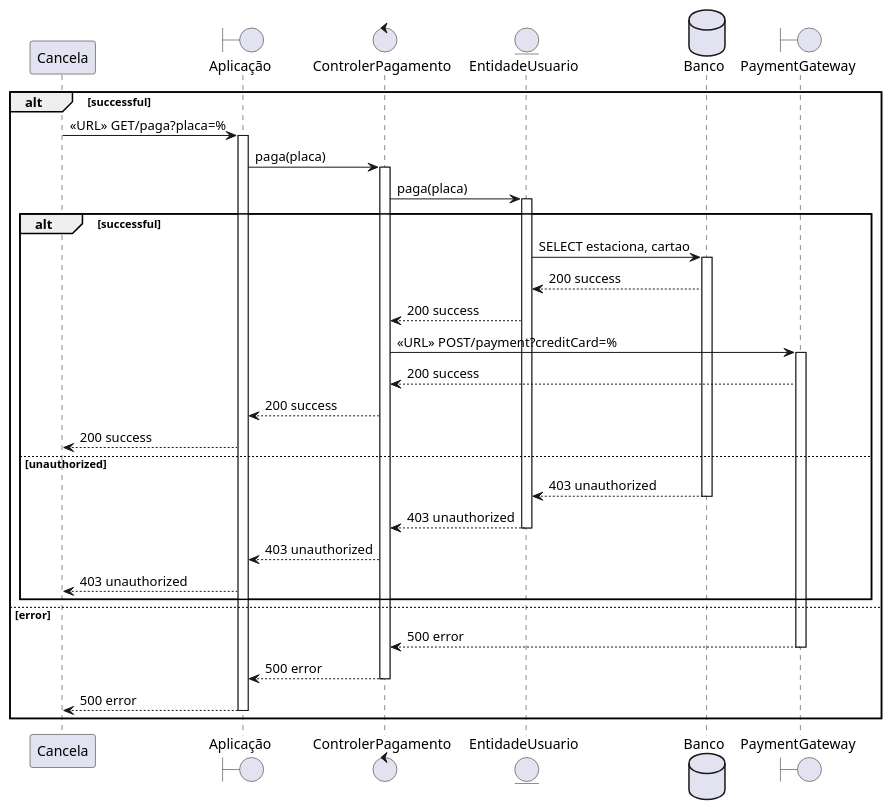
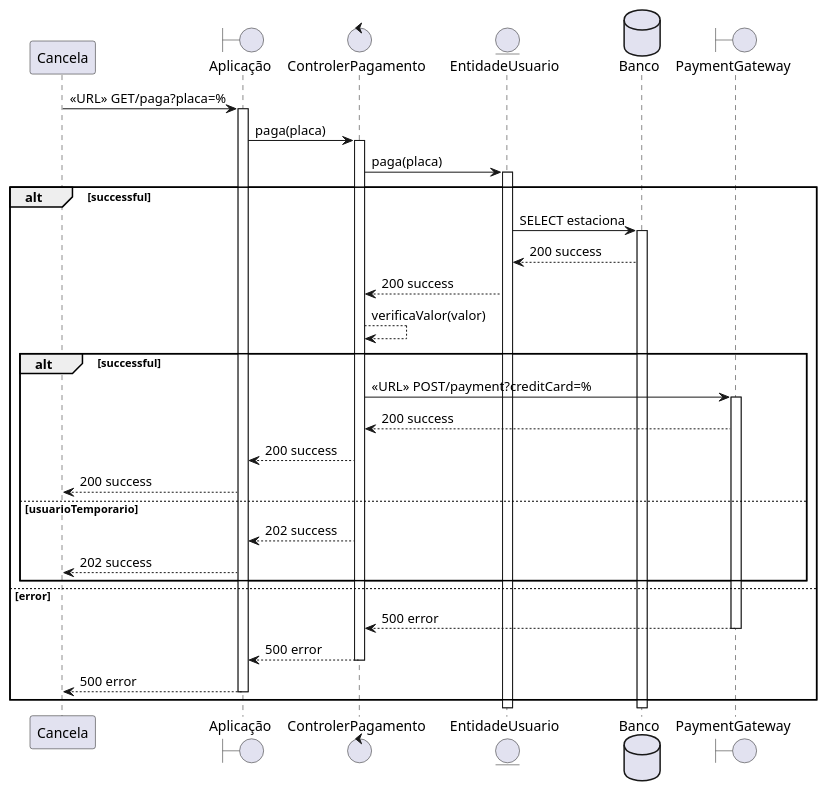
Before and after one commit to PI2-Cancela-Inteligente/docs: the diagram in seq/seq-2.puml, drawn with PlantUML. The commit also changed 3 other files, not shown here.

Commit message:
atualiza diagrama de sequencia pc2

```diff
--- a/seq/seq-2.puml
+++ b/seq/seq-2.puml
@@ -1,40 +1,39 @@
 @startuml
 participant Cancela as catraca
 boundary    Aplicação as app
 control     ControlerPagamento as controler
 entity      EntidadeUsuario as user
 database    Banco as bd
 boundary    PaymentGateway as pagamento
 
-alt successful
-
 catraca -> app ++ : <<URL>> GET/paga?placa=%
 app -> controler ++: paga(placa)
 controler-> user ++: paga(placa)
 alt successful
-user-> bd ++: SELECT estaciona, cartao
+user-> bd ++: SELECT estaciona
 bd--> user: 200 success
 user--> controler: 200 success
+
+controler--> controler: verificaValor(valor)
+alt successful
 controler-> pagamento++ : <<URL>> POST/payment?creditCard=%
 
 pagamento--> controler: 200 success
 controler--> app: 200 success
 app --> catraca: 200 success
 
 
-else unauthorized
-bd--> user--: 403 unauthorized
-user--> controler--: 403 unauthorized
-controler--> app: 403 unauthorized
-app --> catraca: 403 unauthorized
+else usuarioTemporario
+controler--> app: 202 success
+app --> catraca: 202 success
 
 end
 
 else error
 pagamento--> controler --: 500 error
 controler--> app --: 500 error
 app --> catraca --: 500 error
 
 end
  
 @enduml
```
